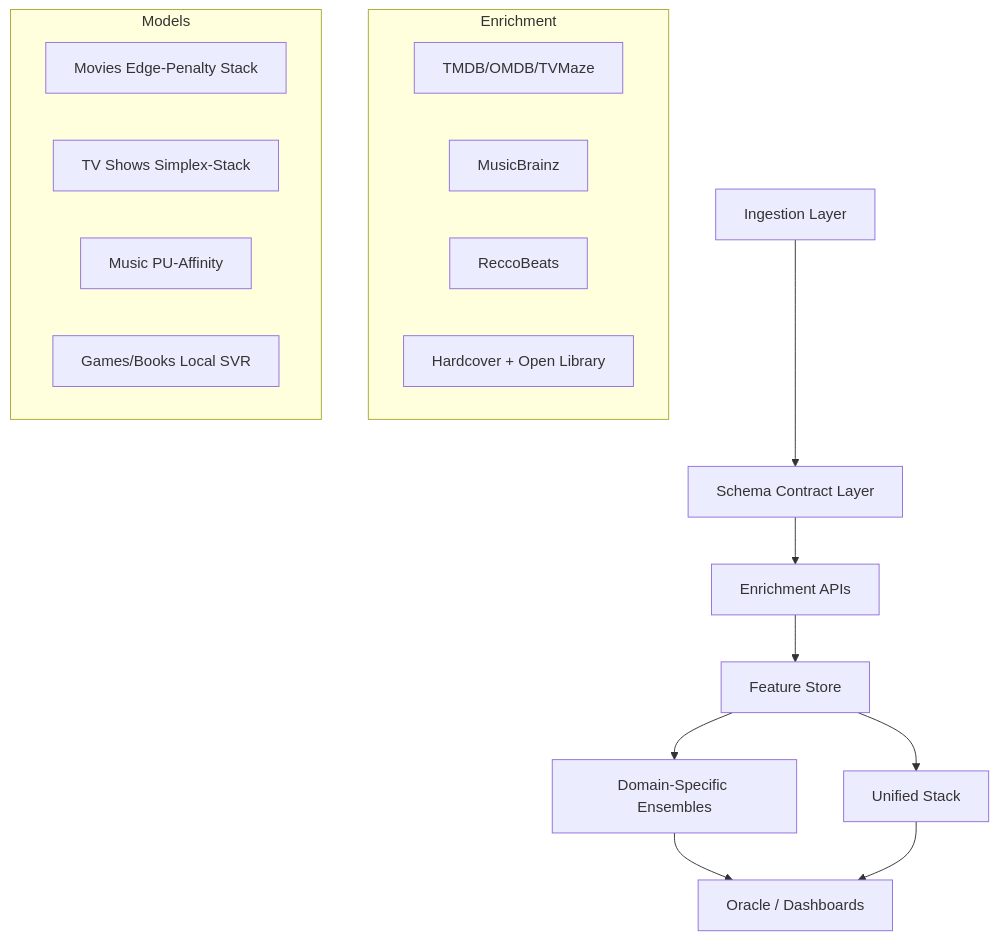
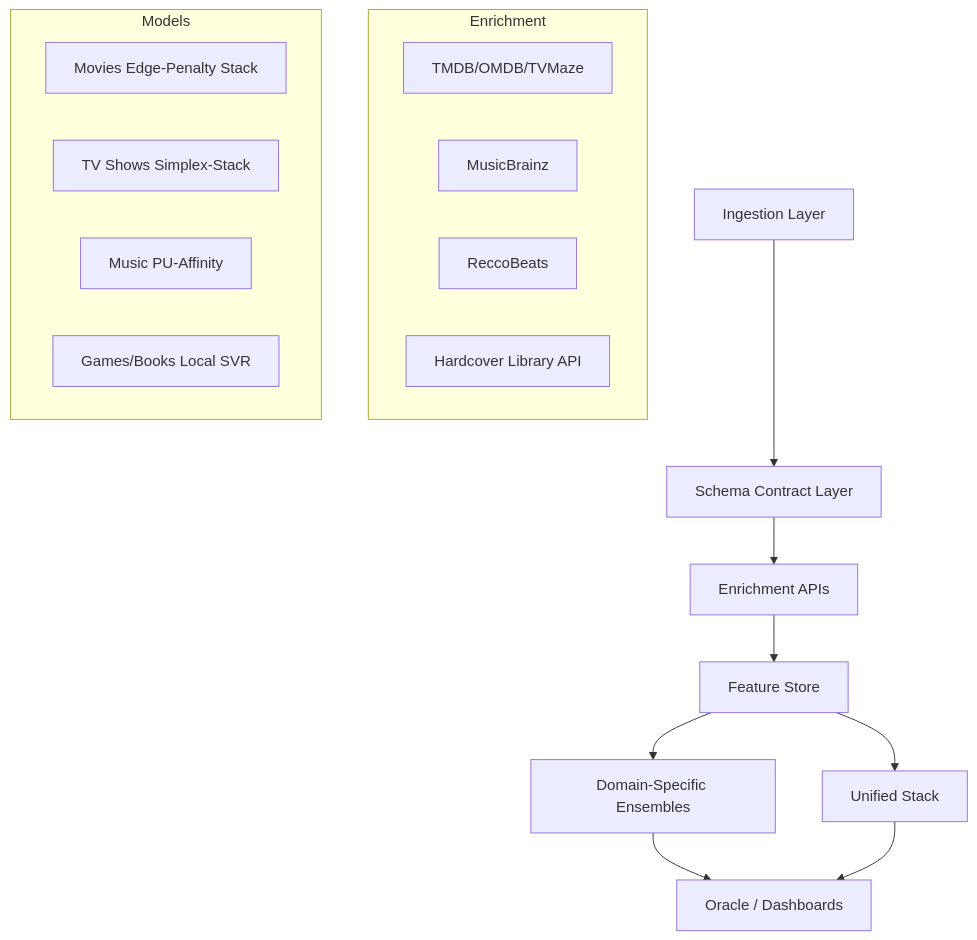
One commit to Paradox-73/Personal_Media_Intelligence_Hub changed the diagram in README.md. Above: the diagram before and after it, drawn with Mermaid. The commit also changed other lines of this file and 92 other files, not shown here.

````diff
--- a/README.md
+++ b/README.md
@@ -43,24 +43,24 @@
 ```mermaid
 graph TD
     A[Ingestion Layer] --> B[Schema Contract Layer]
     B --> C[Enrichment APIs]
     C --> D[Feature Store]
     D --> E[Domain-Specific Ensembles]
     D --> F[Unified Stack]
     E --> G[Oracle / Dashboards]
     F --> G
     
     subgraph Enrichment
     C1[TMDB/OMDB/TVMaze]
     C2[MusicBrainz]
     C3[ReccoBeats]
-    C4[Hardcover + Open Library]
+    C4[Hardcover Library API]
     end
     
     subgraph Models
     E1[Movies Edge-Penalty Stack]
     E2[TV Shows Simplex-Stack]
     E3[Music PU-Affinity]
     E4[Games/Books Local SVR]
     end
 ```
````
